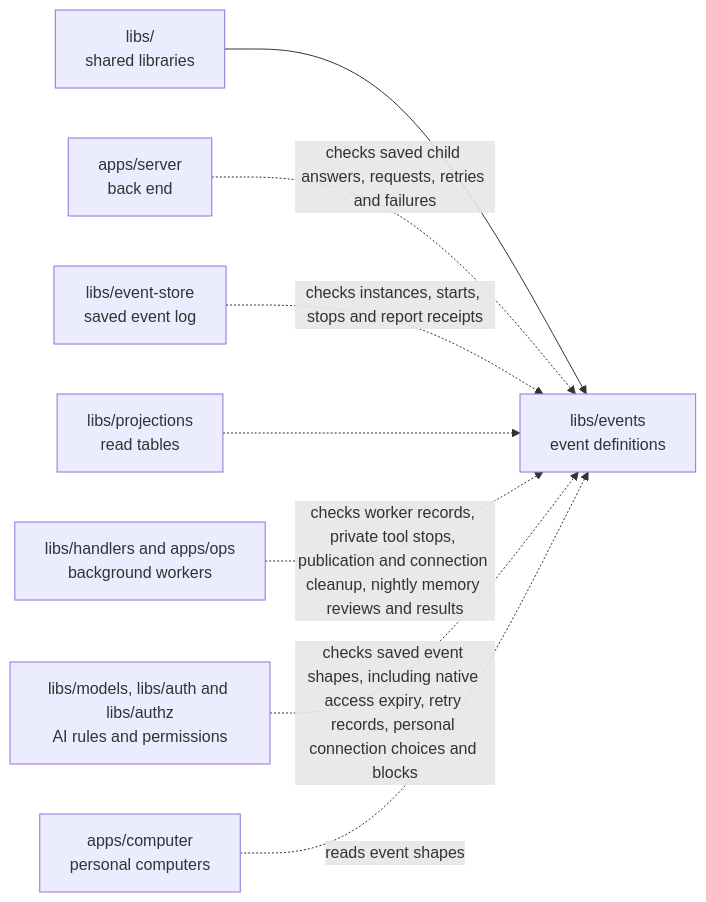
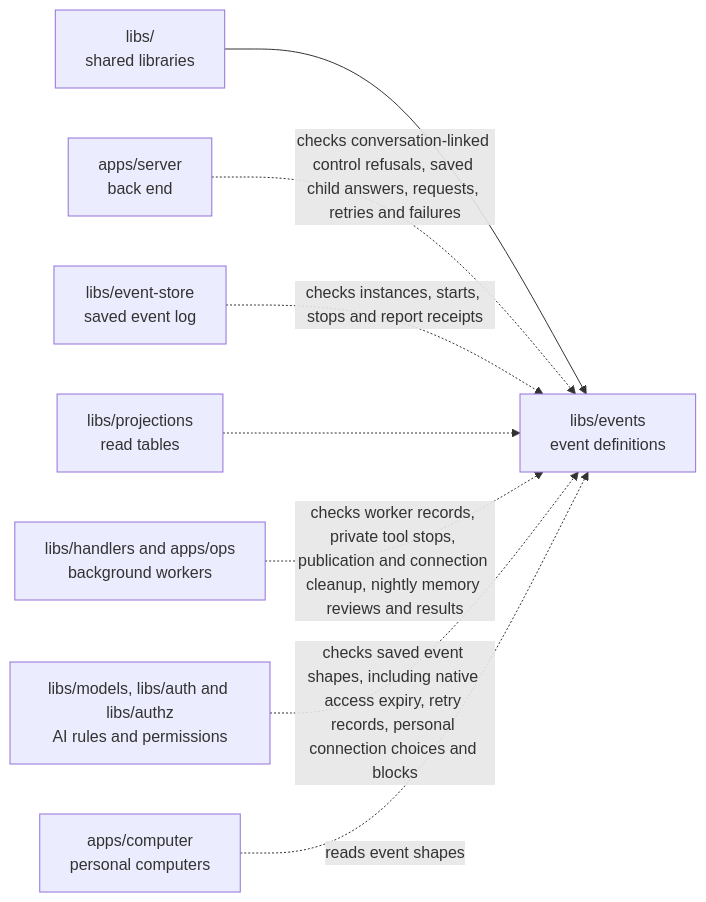
One commit to elewa-git/opencrane-new changed the diagram in libs/events/README.md. Above: the diagram before and after it, drawn with Mermaid. The commit also changed other lines of this file and 20 other files, not shown here.

First line of the commit message:
🕹️ Refused take-control attempts are saved in the chat history without changing who has control (#620)

````diff
--- a/libs/events/README.md
+++ b/libs/events/README.md
@@ -17,10 +20,10 @@
 ```mermaid
 flowchart LR
   parent["libs/<br/>shared libraries"] --> events["libs/events<br/>event definitions"]
-  server["apps/server<br/>back end"] -.->|checks saved child answers, requests, retries and failures| events
+  server["apps/server<br/>back end"] -.->|checks conversation-linked control refusals, saved child answers, requests, retries and failures| events
   store["libs/event-store<br/>saved event log"] -.->|checks instances, starts, stops and report receipts| events
   projections["libs/projections<br/>read tables"] -.-> events
   workers["libs/handlers and apps/ops<br/>background workers"] -.->|checks worker records, private tool stops, publication and connection cleanup, nightly memory reviews and results| events
   models["libs/models, libs/auth and libs/authz<br/>AI rules and permissions"] -.->|checks saved event shapes, including native access expiry, retry records, personal connection choices and blocks| events
   computer["apps/computer<br/>personal computers"] -.->|reads event shapes| events
 ```
````
